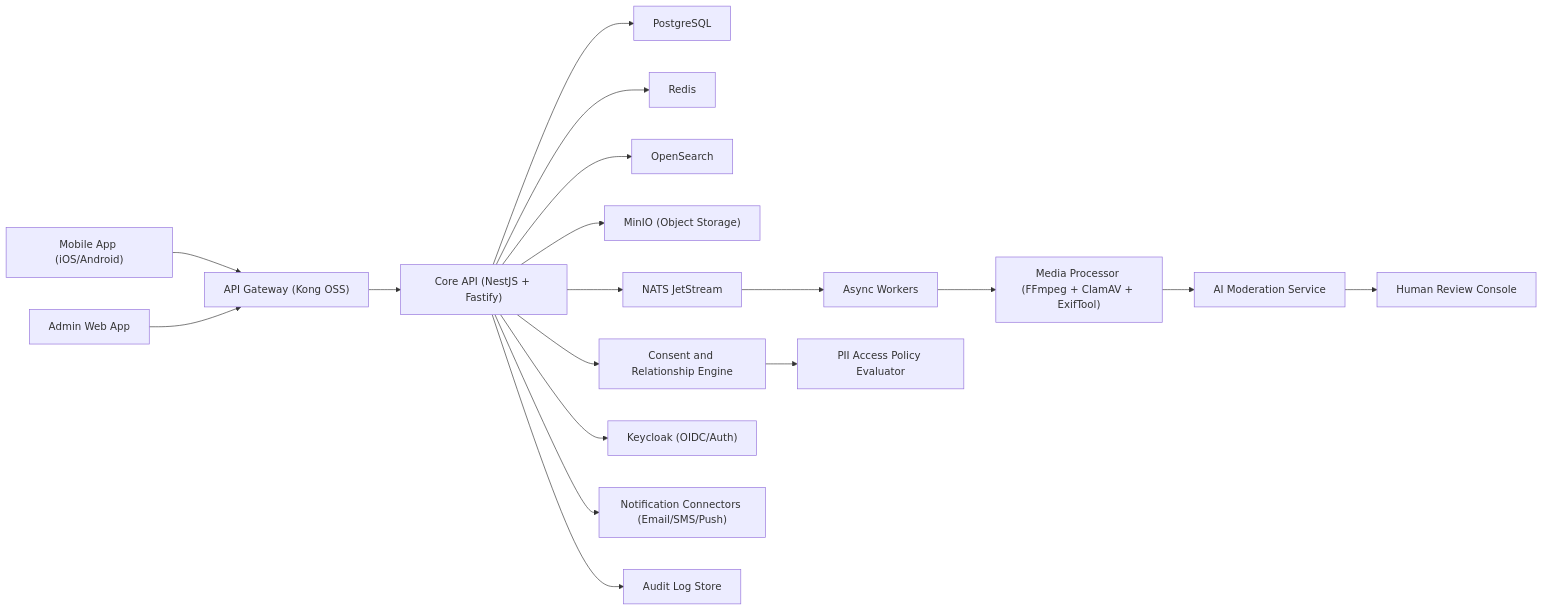
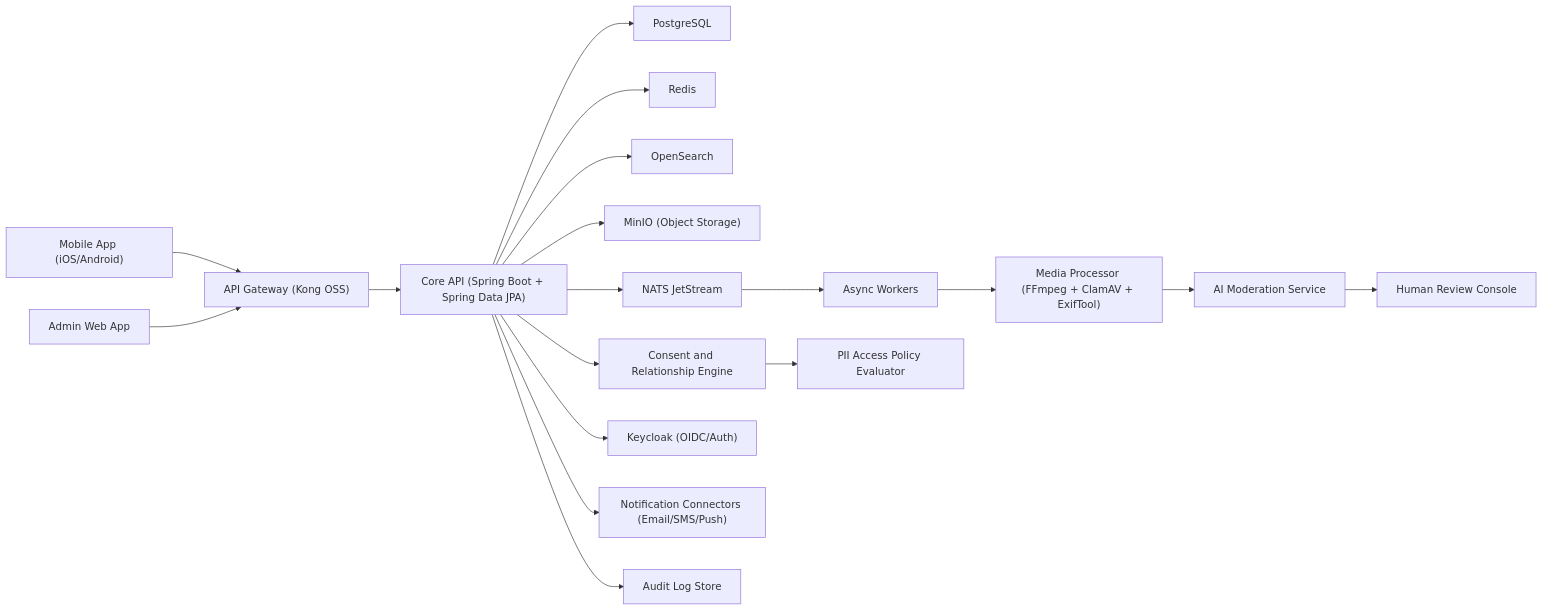
The diagram in docs/ARCHITECTURE.md (gidhin1/illamhelp), drawn with Mermaid before and after one commit. The commit also changed 367 other files, not shown here.

````diff
--- a/docs/ARCHITECTURE.md
+++ b/docs/ARCHITECTURE.md
@@ -15,20 +15,20 @@
 ```mermaid
 flowchart LR
     A["Mobile App (iOS/Android)"] --> B["API Gateway (Kong OSS)"]
     W["Admin Web App"] --> B
-    B --> C["Core API (NestJS + Fastify)"]
+    B --> C["Core API (Spring Boot + Spring Data JPA)"]
     C --> D["PostgreSQL"]
     C --> E["Redis"]
     C --> F["OpenSearch"]
     C --> G["MinIO (Object Storage)"]
     C --> H["NATS JetStream"]
     H --> I["Async Workers"]
     I --> M["Media Processor (FFmpeg + ClamAV + ExifTool)"]
     M --> N["AI Moderation Service"]
     N --> O["Human Review Console"]
     C --> P["Consent and Relationship Engine"]
     P --> Q["PII Access Policy Evaluator"]
     C --> J["Keycloak (OIDC/Auth)"]
     C --> K["Notification Connectors (Email/SMS/Push)"]
     C --> L["Audit Log Store"]
 ```
````
